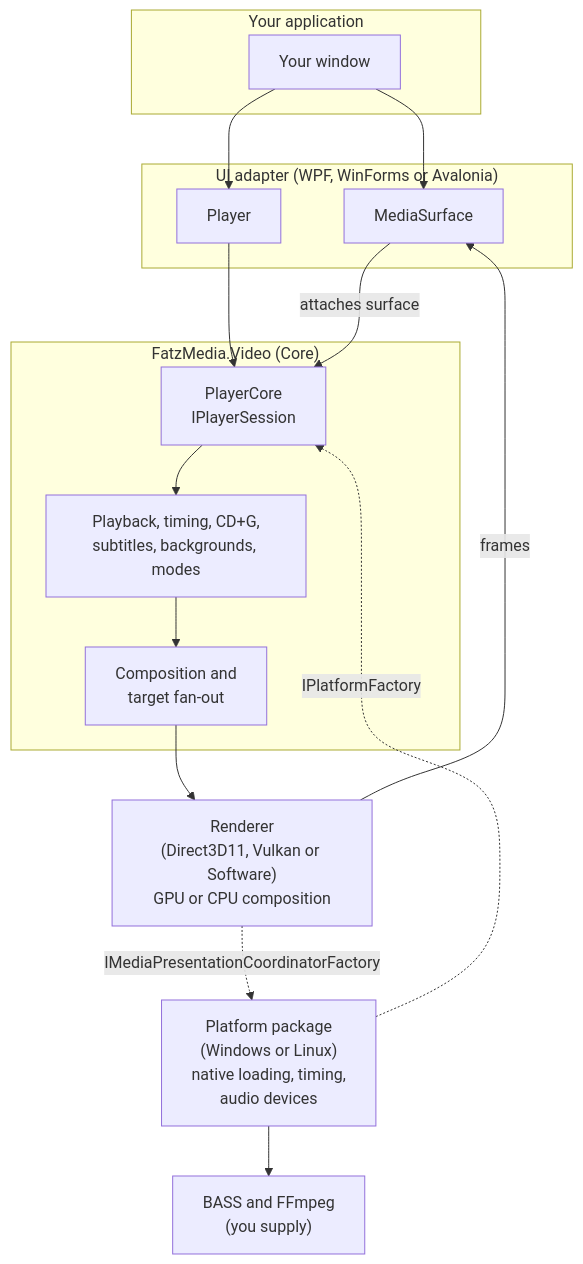
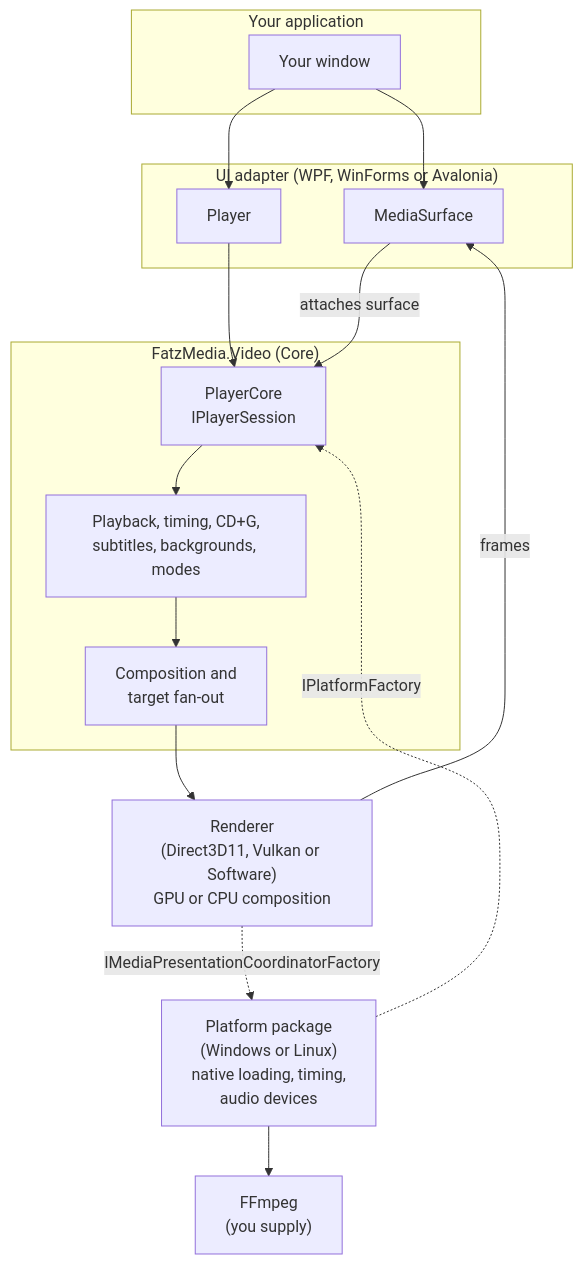
The diagram in Video/docs/site/articles/concepts/architecture.md (FatzBomb/FatzMedia), drawn with Mermaid before and after one commit. The commit also changed other lines of this file and 64 other files, not shown here.

````diff
--- a/Video/docs/site/articles/concepts/architecture.md
+++ b/Video/docs/site/articles/concepts/architecture.md
@@ -5,32 +5,32 @@
 ```mermaid
 flowchart TB
     subgraph Host["Your application"]
         UI["Your window"]
     end
 
     subgraph Adapter["UI adapter (WPF, WinForms or Avalonia)"]
         Surface["MediaSurface"]
         AdapterPlayer["Player"]
     end
 
     subgraph Core["FatzMedia.Video (Core)"]
         Player["PlayerCore<br/>IPlayerSession"]
         Engine["Playback, timing, CD+G,<br/>subtitles, backgrounds, modes"]
         Compose["Composition and<br/>target fan-out"]
     end
 
     Platform["Platform package<br/>(Windows or Linux)<br/>native loading, timing,<br/>audio devices"]
     Renderer["Renderer<br/>(Direct3D11, Vulkan or Software)<br/>GPU or CPU composition"]
-    Native["BASS and FFmpeg<br/>(you supply)"]
+    Native["FFmpeg<br/>(you supply)"]
 
     UI --> Surface
     UI --> AdapterPlayer
     AdapterPlayer --> Player
     Surface -- "attaches surface" --> Player
     Player --> Engine --> Compose
     Platform -. "IPlatformFactory" .-> Player
     Renderer -. "IMediaPresentationCoordinatorFactory" .-> Platform
     Platform --> Native
     Compose --> Renderer
     Renderer -- "frames" --> Surface
 ```
````
